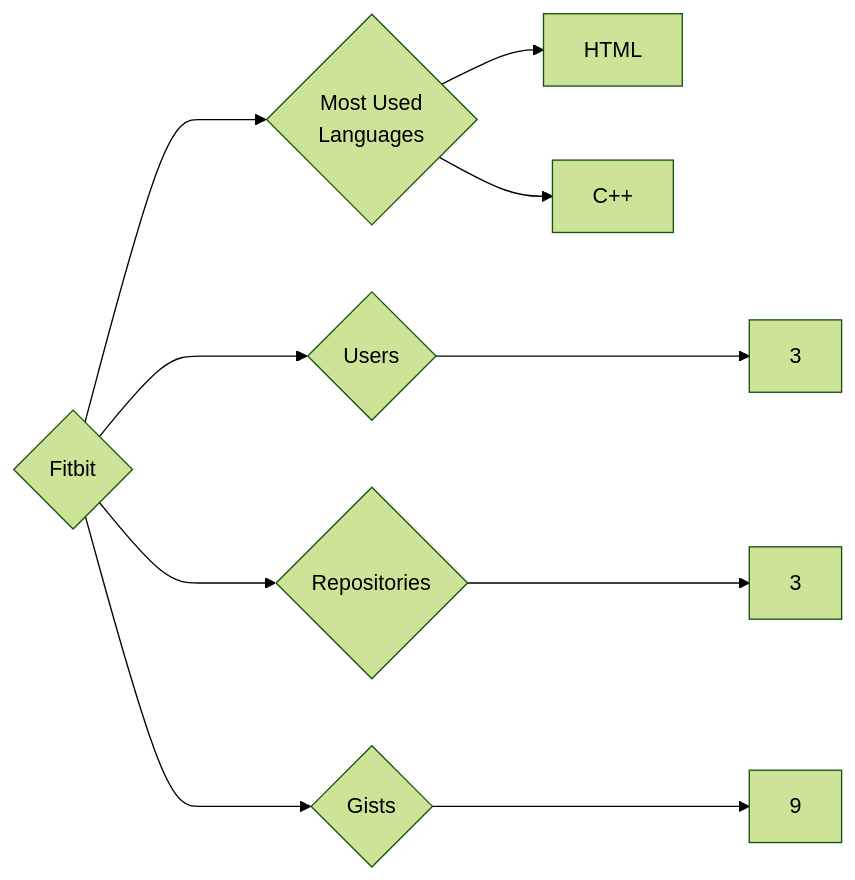
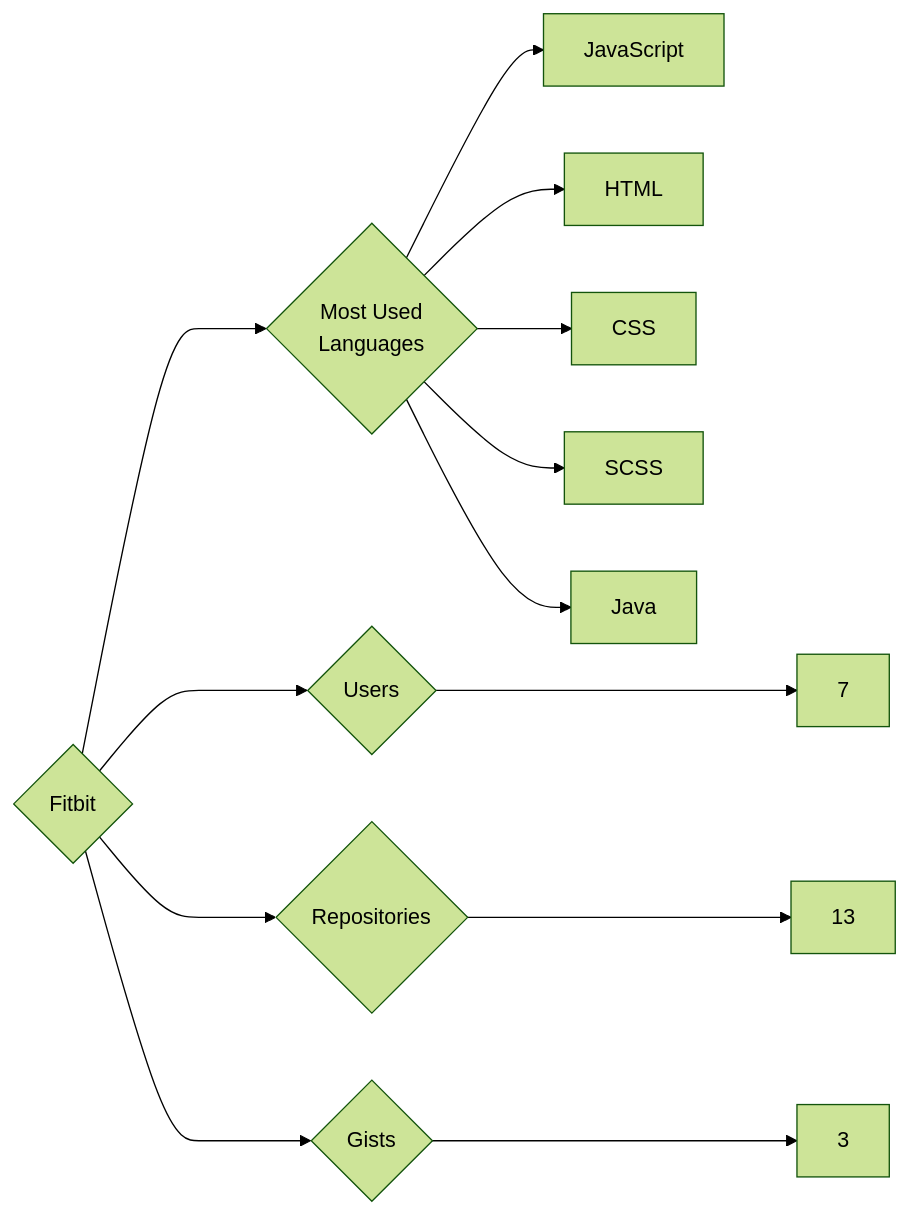
One commit to trickest/insiders changed the diagram in targets/Fitbit/README.md. Above: the diagram before and after it, drawn with Mermaid (forest theme). The commit also changed 857 other files, not shown here.

````diff
--- a/targets/Fitbit/README.md
+++ b/targets/Fitbit/README.md
@@ -3,10 +3,13 @@
 ```mermaid
 graph LR
 COMPANY_NAME{Fitbit}
-COMPANY_NAME ---> U{Users} ---> UN[3]
-COMPANY_NAME ---> R{Repositories} ---> RN[3]
-COMPANY_NAME ---> G{Gists} ---> GN[9]
+COMPANY_NAME ---> U{Users} ---> UN[7]
+COMPANY_NAME ---> R{Repositories} ---> RN[13]
+COMPANY_NAME ---> G{Gists} ---> GN[3]
 COMPANY_NAME ---> ML{Most Used<br>Languages}
+ML --> JavaScript[JavaScript]
 ML --> HTML[HTML]
-ML --> C++[C++]
+ML --> CSS[CSS]
+ML --> SCSS[SCSS]
+ML --> Java[Java]
 ```
````
